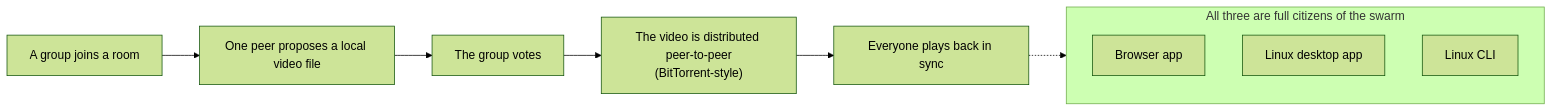
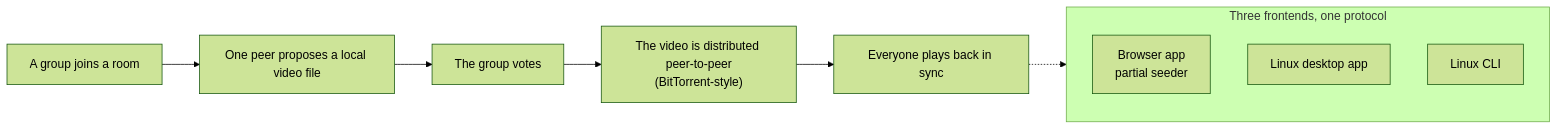
Before and after one commit to sophic00/peerwatch: the diagram in docs/README.md, drawn with Mermaid (forest theme). The commit also changed other lines of this file and 39 other files, not shown here.

````diff
--- a/docs/README.md
+++ b/docs/README.md
@@ -9,13 +13,13 @@
 ```mermaid
 flowchart LR
     JOIN["A group joins a room"] --> PROP["One peer proposes a local video file"]
     PROP --> VOTE["The group votes"]
     VOTE --> DIST["The video is distributed peer-to-peer<br/>(BitTorrent-style)"]
     DIST --> SYNC["Everyone plays back in sync"]
-    subgraph FE["All three are full citizens of the swarm"]
-        CLI1["Browser app"]
+    subgraph FE["Three frontends, one protocol"]
+        CLI1["Browser app<br/>partial seeder"]
         CLI2["Linux desktop app"]
         CLI3["Linux CLI"]
     end
     SYNC -.-> FE
 ```
````
